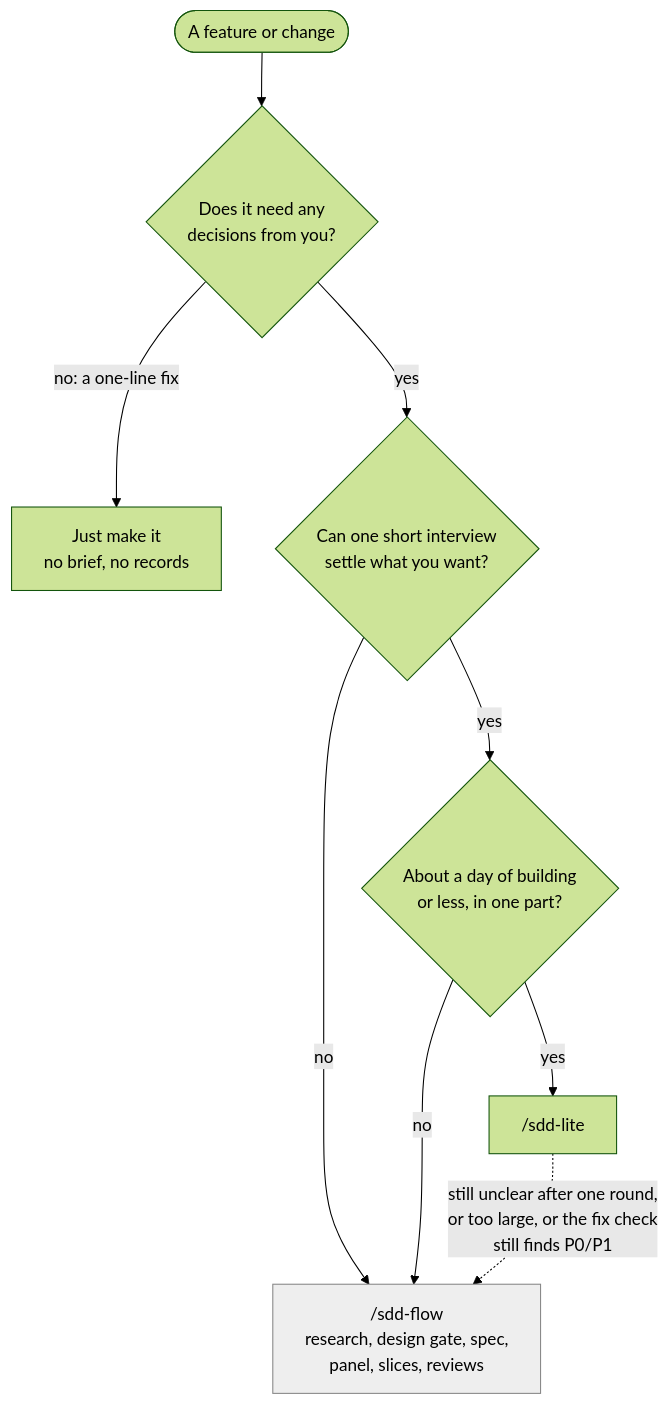
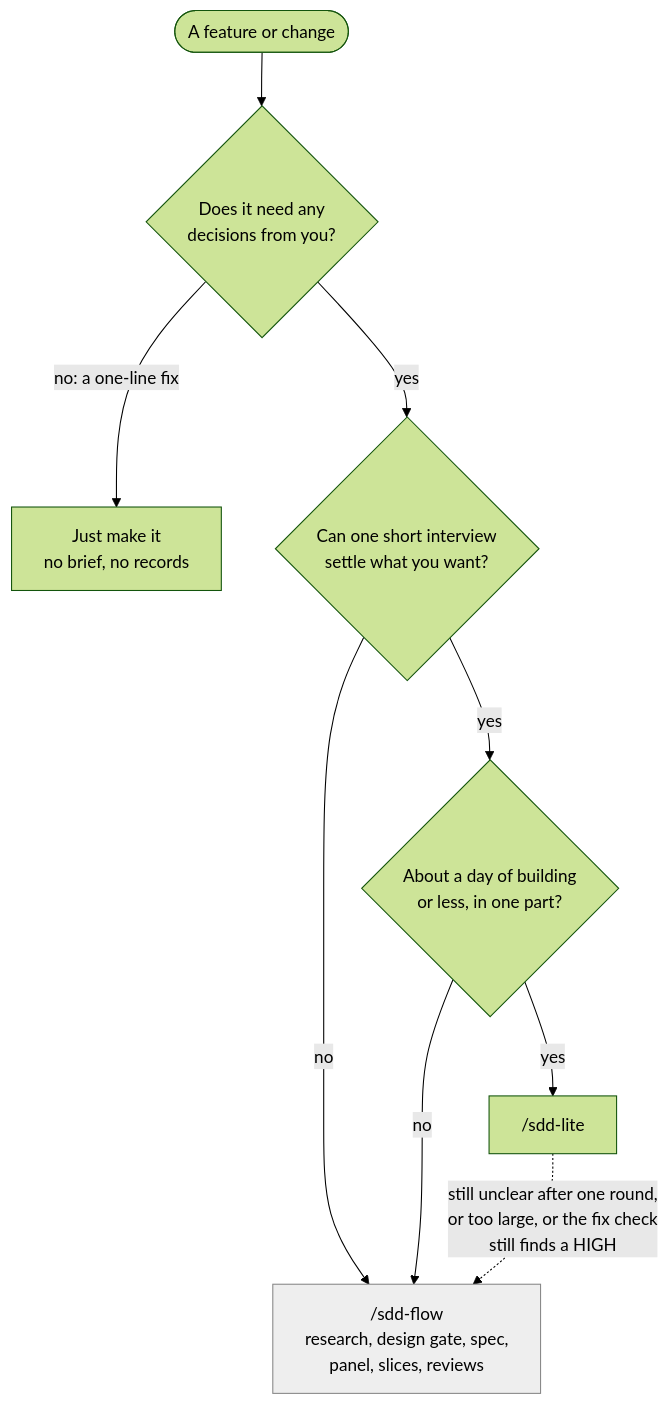
The first of 2 diagrams in agent-engineering/docs/sdd-lite-diagram.md (pablooliva/claude-plugins), drawn with Mermaid (forest theme) before and after one commit. The commit also changed other lines of this file and 12 other files, not shown here.

````diff
--- a/agent-engineering/docs/sdd-lite-diagram.md
+++ b/agent-engineering/docs/sdd-lite-diagram.md
@@ -9,13 +9,13 @@
 ```mermaid
 flowchart TD
     task(["A feature or change"]) --> q1{"Does it need any<br/>decisions from you?"}
     q1 -- "no: a one-line fix" --> plain["Just make it<br/>no brief, no records"]
     q1 -- "yes" --> q2{"Can one short interview<br/>settle what you want?"}
     q2 -- "no" --> flow["/sdd-flow<br/>research, design gate, spec,<br/>panel, slices, reviews"]:::other
     q2 -- "yes" --> q3{"About a day of building<br/>or less, in one part?"}
     q3 -- "no" --> flow
     q3 -- "yes" --> lite["/sdd-lite"]
-    lite -. "still unclear after one round,<br/>or too large, or the fix check<br/>still finds P0/P1" .-> flow
+    lite -. "still unclear after one round,<br/>or too large, or the fix check<br/>still finds a HIGH" .-> flow
 
     classDef other fill:#eeeeee,stroke:#888888,color:#000
 ```
````
